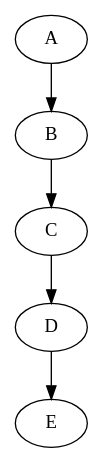
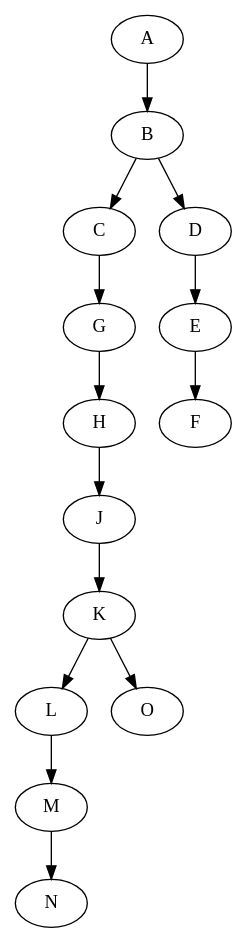
One commit to tokomon/EDA changed the diagram in grafito.dot. Above: the diagram before and after it, drawn with Graphviz. The commit also changed 14 other files, not shown here.

```diff
--- a/grafito.dot
+++ b/grafito.dot
@@ -1,12 +1,30 @@
 # Printing printPersistence
 digraph G{ 
 A
 B
 C
 D
 E
+F
+G
+H
+J
+K
+L
+M
+N
+O
 A -> B
 B -> C
-C -> D
+B -> D
 D -> E
+E -> F
+C -> G
+G -> H
+H -> J
+J -> K
+K -> L
+L -> M
+M -> N
+K -> O
 }
```
